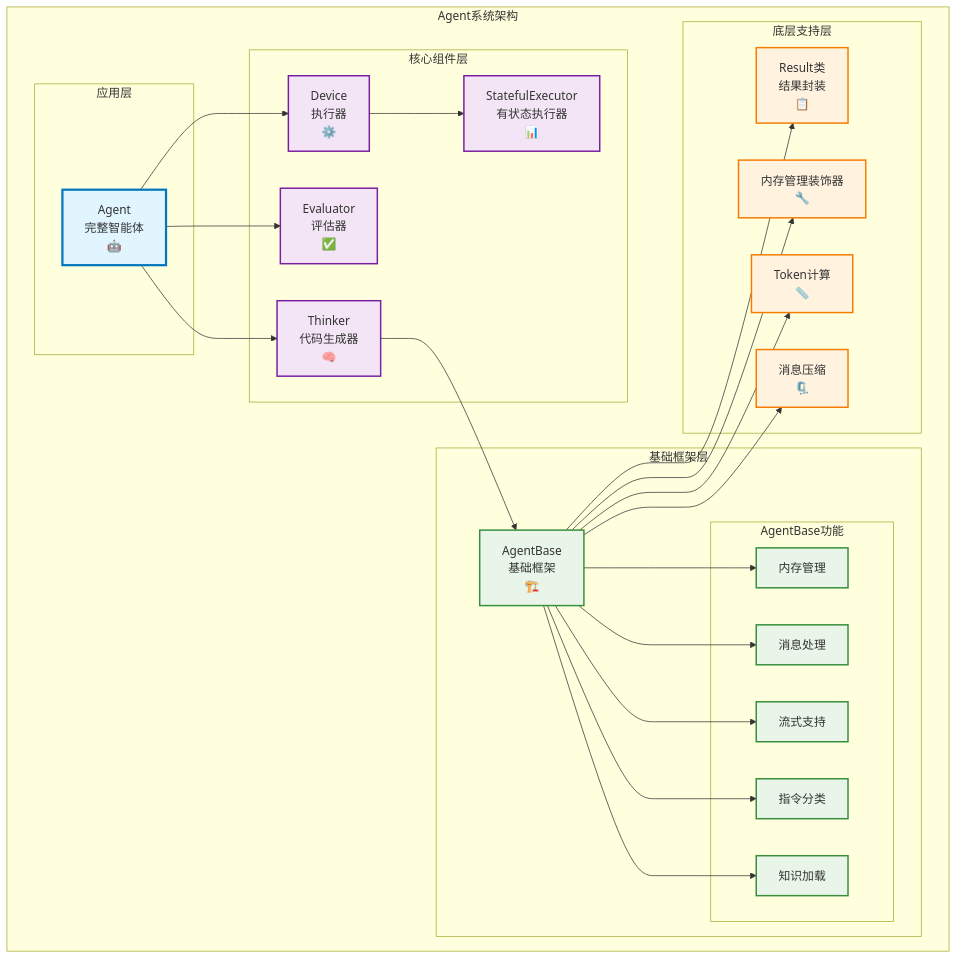
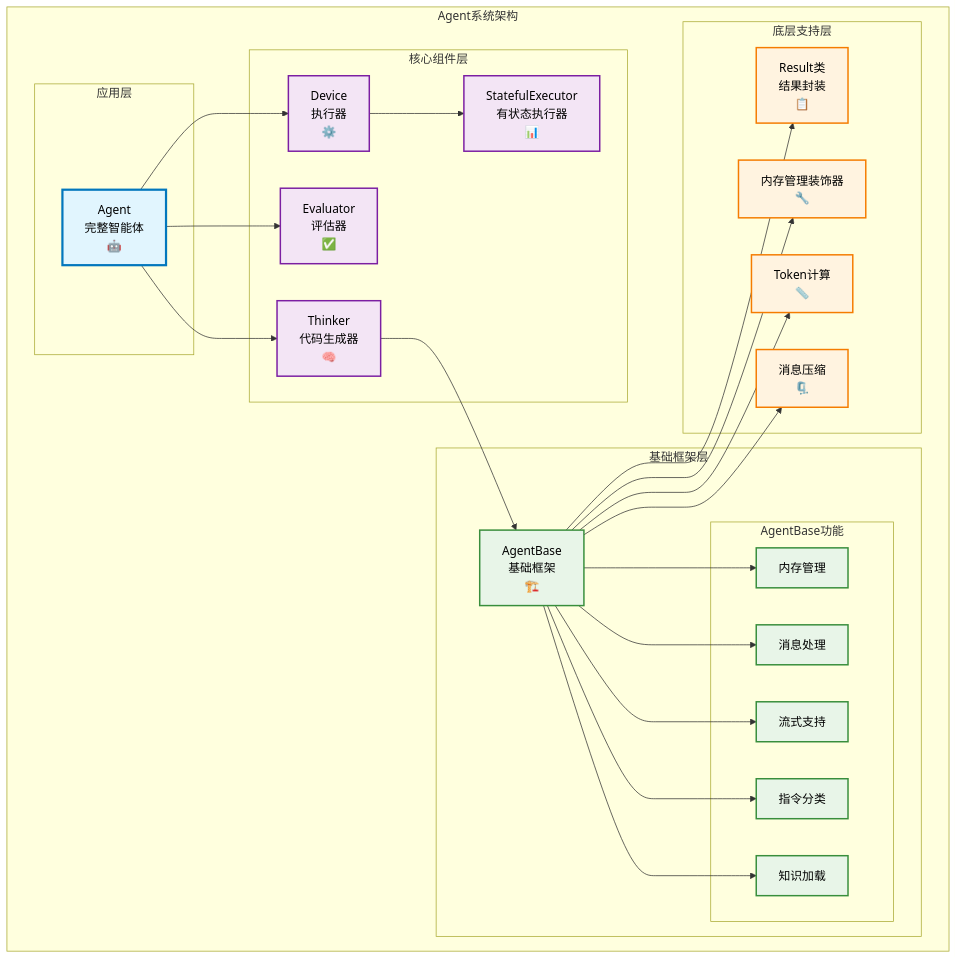
One commit to guci314/AgentFramework changed the diagram in docs/Agent文档.md. Above: the diagram before and after it, drawn with Mermaid.

Commit message:
docs: 加深mermaid图表字体颜色提高可读性

````diff
--- a/docs/Agent文档.md
+++ b/docs/Agent文档.md
@@ -16,62 +16,62 @@
 ```mermaid
 graph TB
     subgraph "Agent系统架构"
         subgraph "应用层"
             Agent["Agent<br/>完整智能体<br/>🤖"]
         end
         
         subgraph "核心组件层"
             Thinker["Thinker<br/>代码生成器<br/>🧠"]
             Evaluator["Evaluator<br/>评估器<br/>✅"]
             Device["Device<br/>执行器<br/>⚙️"]
             StatefulExecutor["StatefulExecutor<br/>有状态执行器<br/>📊"]
         end
         
         subgraph "基础框架层"
             AgentBase["AgentBase<br/>基础框架<br/>🏗️"]
             subgraph "AgentBase功能"
                 Memory["内存管理"]
                 Message["消息处理"] 
                 Stream["流式支持"]
                 Classify["指令分类"]
                 Knowledge["知识加载"]
             end
         end
         
         subgraph "底层支持层"
             Result["Result类<br/>结果封装<br/>📋"]
             Decorator["内存管理装饰器<br/>🔧"]
             Token["Token计算<br/>📏"]
             Compress["消息压缩<br/>🗜️"]
         end
     end
     
     %% 关系连接
     Agent --> Thinker
     Agent --> Evaluator
     Agent --> Device
     Device --> StatefulExecutor
     
     Thinker --> AgentBase
     AgentBase --> Memory
     AgentBase --> Message
     AgentBase --> Stream
     AgentBase --> Classify
     AgentBase --> Knowledge
     
     AgentBase --> Result
     AgentBase --> Decorator
     AgentBase --> Token
     AgentBase --> Compress
     
     %% 样式定义
-    classDef agentClass fill:#e1f5fe,stroke:#0277bd,stroke-width:3px
-    classDef coreClass fill:#f3e5f5,stroke:#7b1fa2,stroke-width:2px
-    classDef baseClass fill:#e8f5e8,stroke:#388e3c,stroke-width:2px
-    classDef supportClass fill:#fff3e0,stroke:#f57c00,stroke-width:2px
+    classDef agentClass fill:#e1f5fe,stroke:#0277bd,stroke-width:3px,color:#000000
+    classDef coreClass fill:#f3e5f5,stroke:#7b1fa2,stroke-width:2px,color:#000000
+    classDef baseClass fill:#e8f5e8,stroke:#388e3c,stroke-width:2px,color:#000000
+    classDef supportClass fill:#fff3e0,stroke:#f57c00,stroke-width:2px,color:#000000
     
     class Agent agentClass
     class Thinker,Evaluator,Device,StatefulExecutor coreClass
     class AgentBase,Memory,Message,Stream,Classify,Knowledge baseClass
     class Result,Decorator,Token,Compress supportClass
 ```
````
